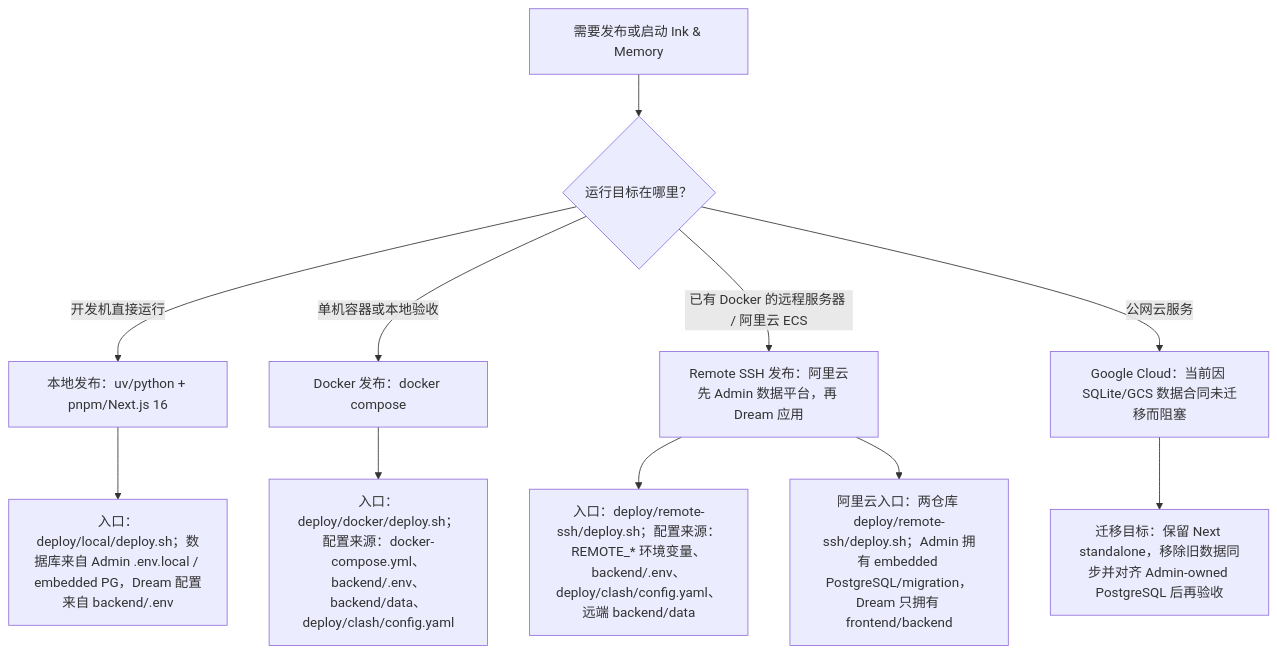
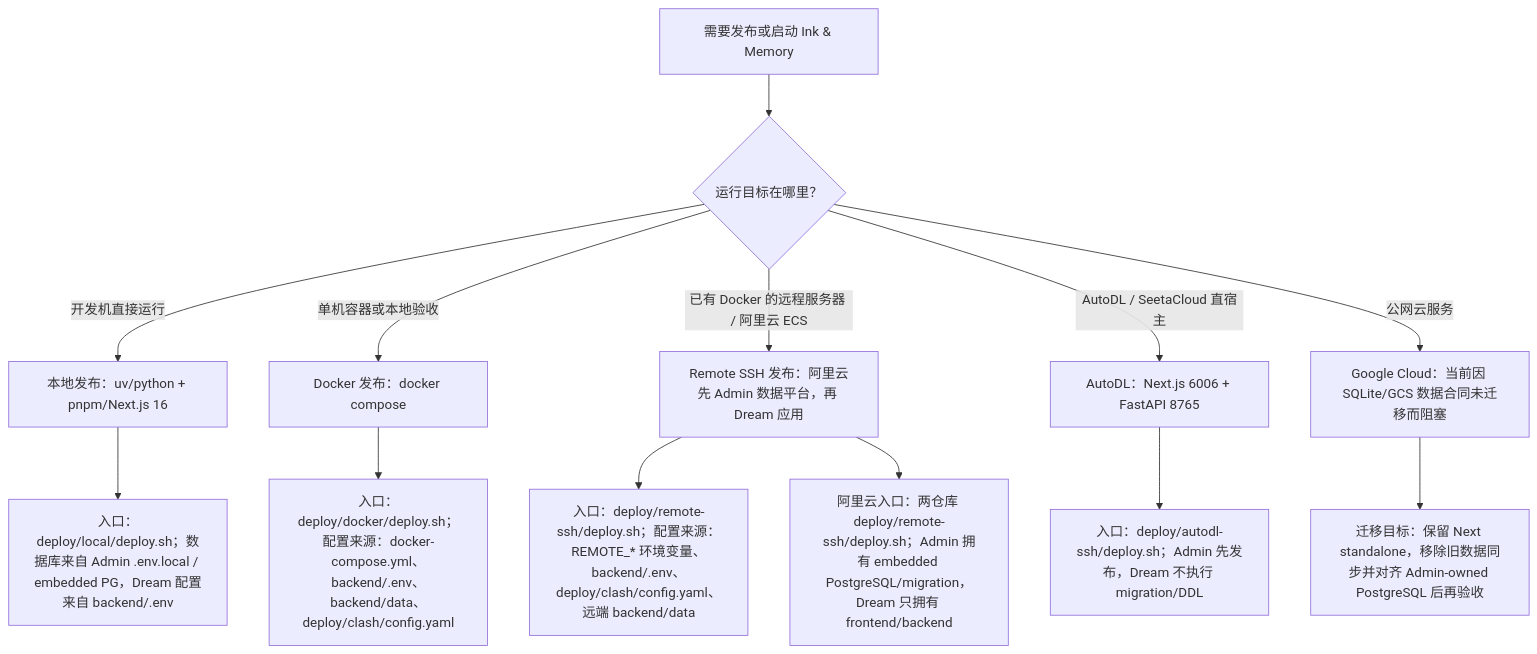
Before and after one commit to glide-the/im-dream: the diagram in docs/deploy/README.md, drawn with Mermaid. The commit also changed other lines of this file and 27 other files, not shown here.

````diff
--- a/docs/deploy/README.md
+++ b/docs/deploy/README.md
@@ -64,13 +66,15 @@
 ```mermaid
 flowchart TD
   A["需要发布或启动 Ink & Memory"] --> B{"运行目标在哪里？"}
   B -->|"开发机直接运行"| C["本地发布：uv/python + pnpm/Next.js 16"]
   B -->|"单机容器或本地验收"| D["Docker 发布：docker compose"]
   B -->|"已有 Docker 的远程服务器 / 阿里云 ECS"| R["Remote SSH 发布：阿里云先 Admin 数据平台，再 Dream 应用"]
+  B -->|"AutoDL / SeetaCloud 直宿主"| U["AutoDL：Next.js 6006 + FastAPI 8765"]
   B -->|"公网云服务"| E["Google Cloud：当前因 SQLite/GCS 数据合同未迁移而阻塞"]
   C --> F["入口：deploy/local/deploy.sh；数据库来自 Admin .env.local / embedded PG，Dream 配置来自 backend/.env"]
   D --> G["入口：deploy/docker/deploy.sh；配置来源：docker-compose.yml、backend/.env、backend/data、deploy/clash/config.yaml"]
   R --> I["入口：deploy/remote-ssh/deploy.sh；配置来源：REMOTE_* 环境变量、backend/.env、deploy/clash/config.yaml、远端 backend/data"]
   R --> J["阿里云入口：两仓库 deploy/remote-ssh/deploy.sh；Admin 拥有 embedded PostgreSQL/migration，Dream 只拥有 frontend/backend"]
+  U --> K["入口：deploy/autodl-ssh/deploy.sh；Admin 先发布，Dream 不执行 migration/DDL"]
   E --> H["迁移目标：保留 Next standalone，移除旧数据同步并对齐 Admin-owned PostgreSQL 后再验收"]
 ```
````
